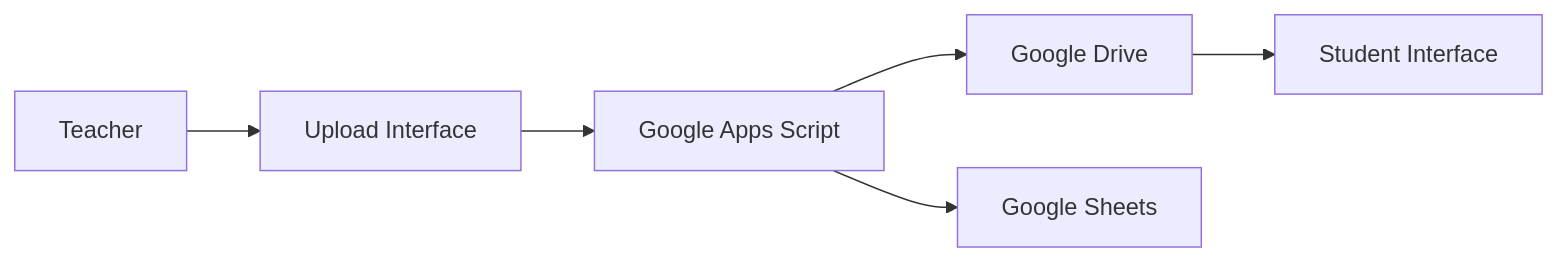
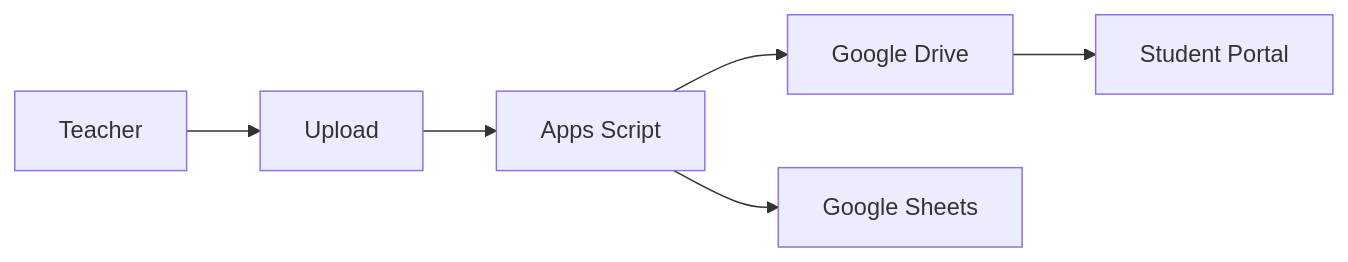
One commit to heeraOp/heeraOp changed the third of 6 diagrams in README.md. Above: the diagram before and after it, drawn with Mermaid. The commit also changed other lines of this file, not shown here.

````diff
--- a/README.md
+++ b/README.md
@@ -81,8 +121,8 @@
 ```mermaid
 flowchart LR
-    A[Teacher] --> B[Upload Interface]
-    B --> C[Google Apps Script]
+    A[Teacher] --> B[Upload]
+    B --> C[Apps Script]
     C --> D[Google Drive]
     C --> E[Google Sheets]
-    D --> F[Student Interface]
+    D --> F[Student Portal]
 ```
````
